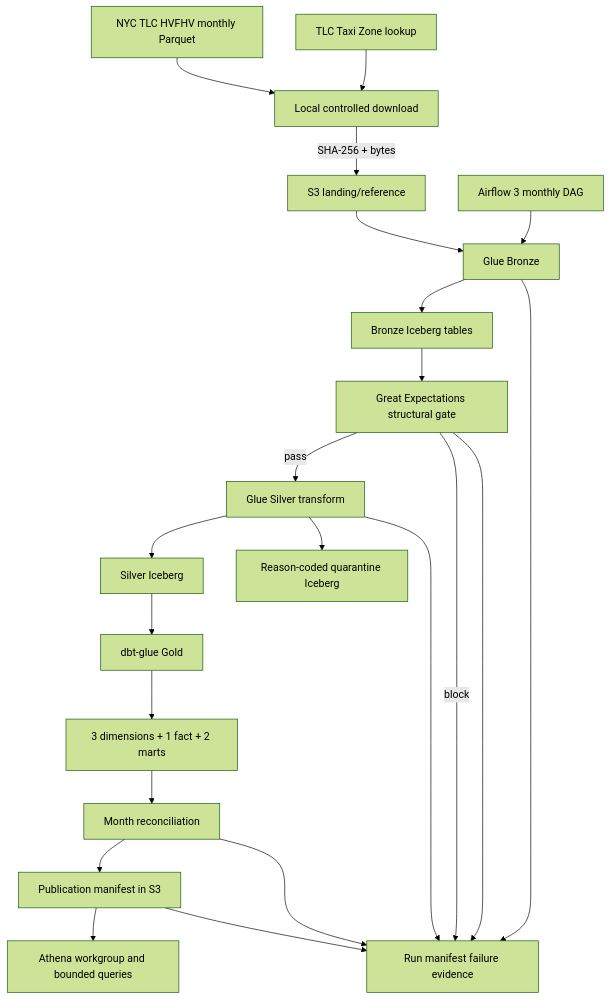
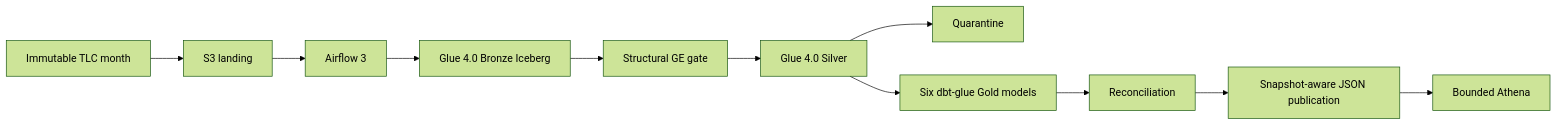
Before and after one commit to mtoanng/Spark-Iceberg-Redshift-Lakehouse: the diagram in docs/ARCHITECTURE.md, drawn with Mermaid (forest theme). The commit also changed other lines of this file and 90 other files, not shown here.

````diff
--- a/docs/ARCHITECTURE.md
+++ b/docs/ARCHITECTURE.md
@@ -5,24 +3,13 @@
 ```mermaid
-flowchart TD
-    TLC[NYC TLC HVFHV monthly Parquet] --> DL[Local controlled download]
-    Z[TLC Taxi Zone lookup] --> DL
-    DL -->|SHA-256 + bytes| L[S3 landing/reference]
-    AF[Airflow 3 monthly DAG] --> B[Glue Bronze]
-    L --> B
-    B --> BI[Bronze Iceberg tables]
-    BI --> GE[Great Expectations structural gate]
-    GE -->|pass| S[Glue Silver transform]
-    GE -->|block| RM[Run manifest failure evidence]
-    S --> SI[Silver Iceberg]
-    S --> Q[Reason-coded quarantine Iceberg]
-    SI --> DBT[dbt-glue Gold]
-    DBT --> G[3 dimensions + 1 fact + 2 marts]
-    G --> R[Month reconciliation]
-    R --> PM[Publication manifest in S3]
-    PM --> A[Athena workgroup and bounded queries]
-    B --> RM
-    GE --> RM
-    S --> RM
-    R --> RM
-    PM --> RM
+flowchart LR
+  TLC[Immutable TLC month] --> S3[S3 landing]
+  S3 --> AF[Airflow 3]
+  AF --> B[Glue 4.0 Bronze Iceberg]
+  B --> GE[Structural GE gate]
+  GE --> S[Glue 4.0 Silver]
+  S --> Q[Quarantine]
+  S --> G[Six dbt-glue Gold models]
+  G --> R[Reconciliation]
+  R --> P[Snapshot-aware JSON publication]
+  P --> A[Bounded Athena]
 ```
````
